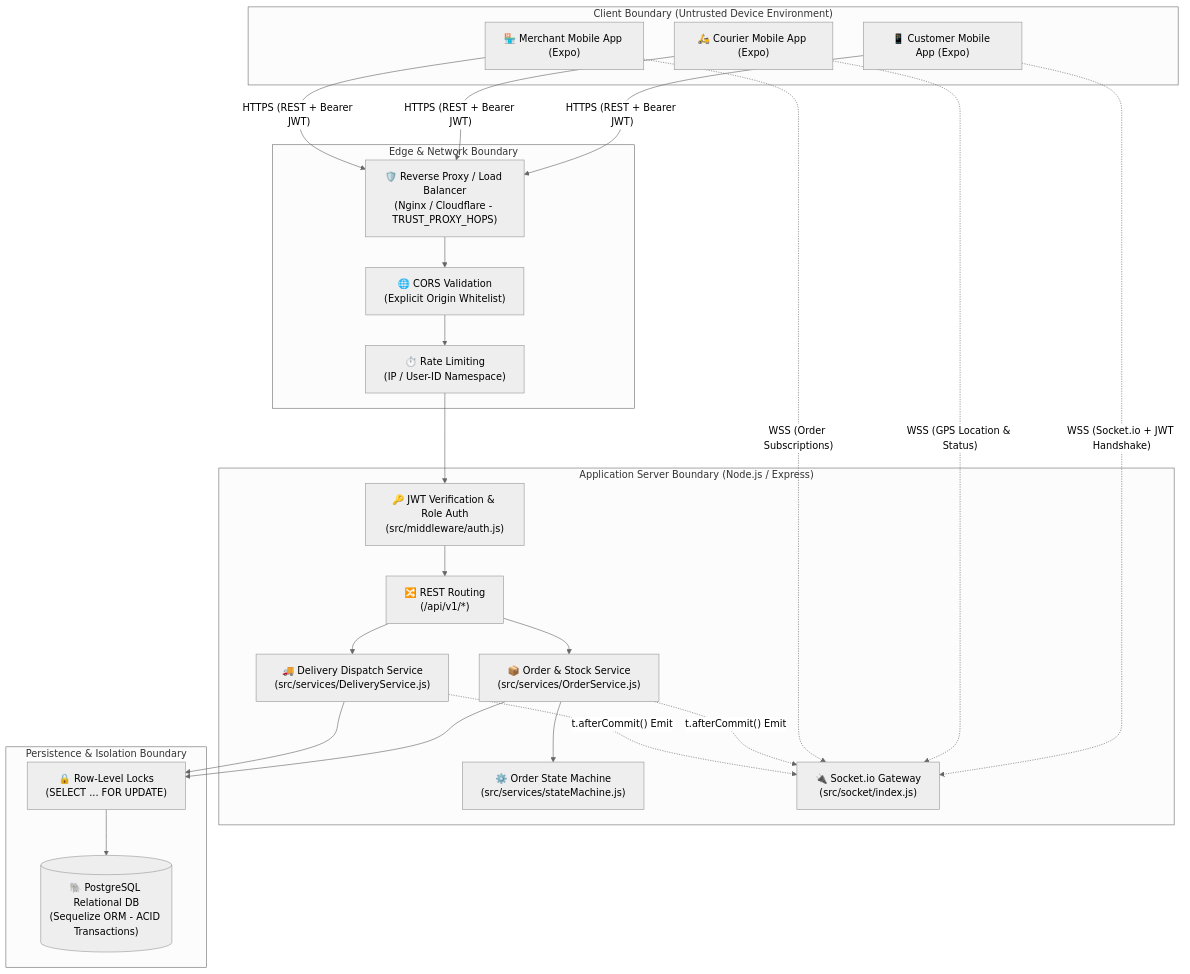
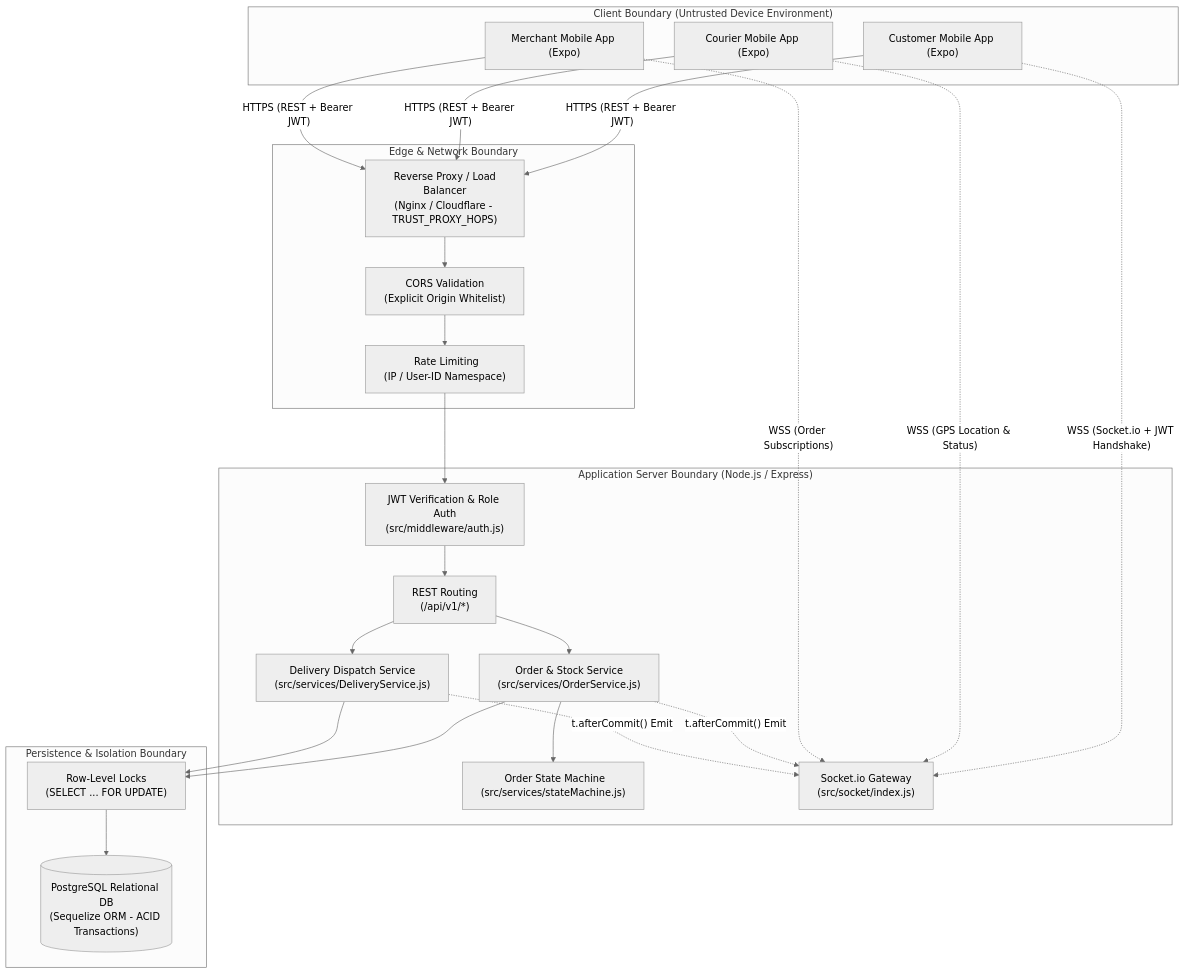
One commit to ali-harti/zenvy-delivery-app changed the diagram in README.md. Above: the diagram before and after it, drawn with Mermaid (neutral theme). The commit also changed other lines of this file, not shown here.

````diff
--- a/README.md
+++ b/README.md
@@ -70,53 +70,53 @@
 ```mermaid
 flowchart TB
     subgraph Client_Trust_Boundary["Client Boundary (Untrusted Device Environment)"]
-        CustomerApp["📱 Customer Mobile App (Expo)"]
-        CourierApp["🛵 Courier Mobile App (Expo)"]
-        MerchantApp["🏪 Merchant Mobile App (Expo)"]
+        CustomerApp[" Customer Mobile App (Expo)"]
+        CourierApp[" Courier Mobile App (Expo)"]
+        MerchantApp[" Merchant Mobile App (Expo)"]
     end
 
     subgraph Edge_Boundary["Edge & Network Boundary"]
-        ReverseProxy["🛡️ Reverse Proxy / Load Balancer\n(Nginx / Cloudflare - TRUST_PROXY_HOPS)"]
-        CORS["🌐 CORS Validation\n(Explicit Origin Whitelist)"]
-        RateLimit["⏱️ Rate Limiting\n(IP / User-ID Namespace)"]
+        ReverseProxy["️ Reverse Proxy / Load Balancer\n(Nginx / Cloudflare - TRUST_PROXY_HOPS)"]
+        CORS[" CORS Validation\n(Explicit Origin Whitelist)"]
+        RateLimit["️ Rate Limiting\n(IP / User-ID Namespace)"]
     end
 
     subgraph App_Server_Boundary["Application Server Boundary (Node.js / Express)"]
-        AuthMiddleware["🔑 JWT Verification & Role Auth\n(src/middleware/auth.js)"]
-        Router["🔀 REST Routing\n(/api/v1/*)"]
-        StateMachine["⚙️ Order State Machine\n(src/services/stateMachine.js)"]
-        OrderService["📦 Order & Stock Service\n(src/services/OrderService.js)"]
-        DeliveryService["🚚 Delivery Dispatch Service\n(src/services/DeliveryService.js)"]
-        SocketServer["🔌 Socket.io Gateway\n(src/socket/index.js)"]
+        AuthMiddleware[" JWT Verification & Role Auth\n(src/middleware/auth.js)"]
+        Router[" REST Routing\n(/api/v1/*)"]
+        StateMachine["️ Order State Machine\n(src/services/stateMachine.js)"]
+        OrderService[" Order & Stock Service\n(src/services/OrderService.js)"]
+        DeliveryService[" Delivery Dispatch Service\n(src/services/DeliveryService.js)"]
+        SocketServer[" Socket.io Gateway\n(src/socket/index.js)"]
     end
 
     subgraph Data_Boundary["Persistence & Isolation Boundary"]
-        PessimisticLock["🔒 Row-Level Locks\n(SELECT ... FOR UPDATE)"]
-        PostgresDB[("🐘 PostgreSQL Relational DB\n(Sequelize ORM - ACID Transactions)")]
+        PessimisticLock[" Row-Level Locks\n(SELECT ... FOR UPDATE)"]
+        PostgresDB[(" PostgreSQL Relational DB\n(Sequelize ORM - ACID Transactions)")]
     end
 
     %% Data flows
     CustomerApp -->|"HTTPS (REST + Bearer JWT)"| ReverseProxy
     CourierApp -->|"HTTPS (REST + Bearer JWT)"| ReverseProxy
     MerchantApp -->|"HTTPS (REST + Bearer JWT)"| ReverseProxy
 
     CustomerApp -.->|"WSS (Socket.io + JWT Handshake)"| SocketServer
     CourierApp -.->|"WSS (GPS Location & Status)"| SocketServer
     MerchantApp -.->|"WSS (Order Subscriptions)"| SocketServer
 
     ReverseProxy --> CORS
     CORS --> RateLimit
     RateLimit --> AuthMiddleware
     AuthMiddleware --> Router
 
     Router --> OrderService
     Router --> DeliveryService
     OrderService --> StateMachine
 
     OrderService --> PessimisticLock
     DeliveryService --> PessimisticLock
     PessimisticLock --> PostgresDB
 
     OrderService -.->|"t.afterCommit() Emit"| SocketServer
     DeliveryService -.->|"t.afterCommit() Emit"| SocketServer
 ```
````
